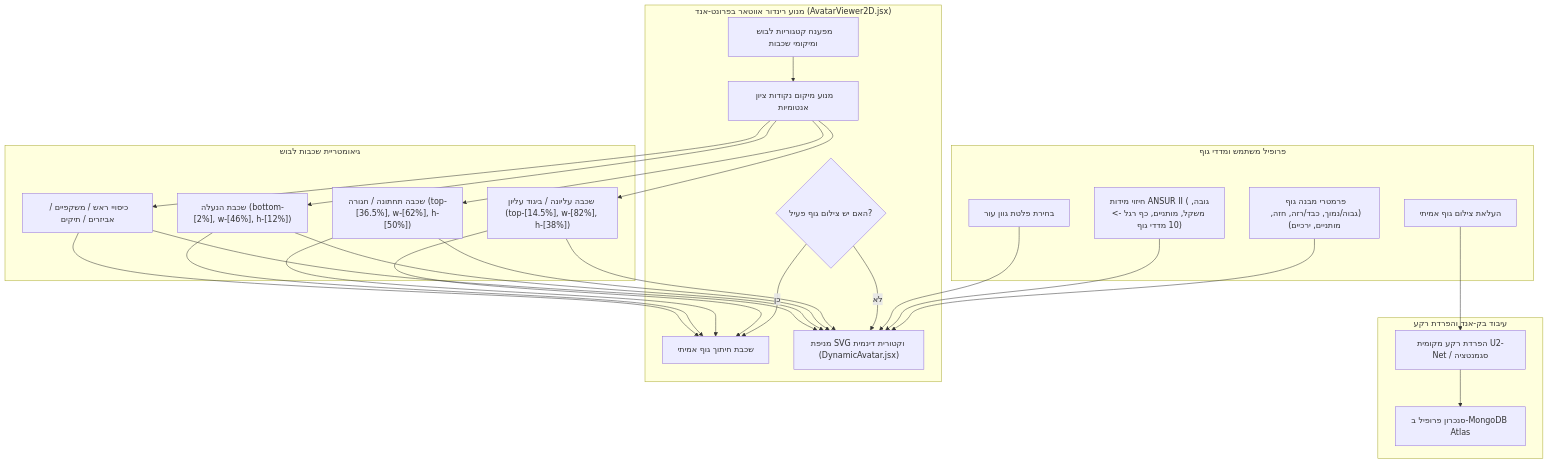
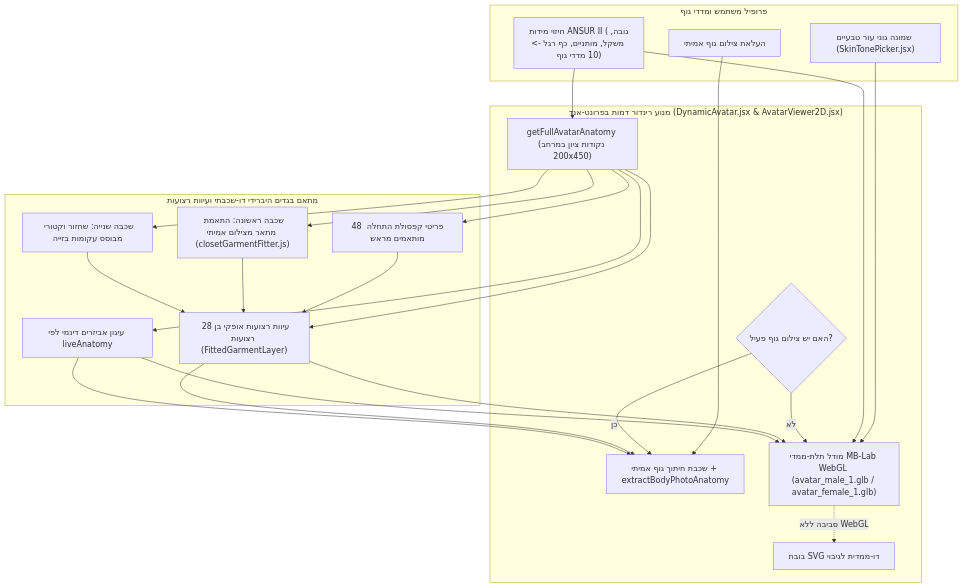
The diagram in apps/web/public/wiki/he/Avatar.md (Yoram-Jacobs/DressAppV1), drawn with Mermaid before and after one commit. The commit also changed other lines of this file and 249 other files, not shown here.

Commit message:
fix(avatar): restore 3D dynamic avatar in Saved Outfits canvas and sync garment coordinate mappings and translations

````diff
--- a/apps/web/public/wiki/he/Avatar.md
+++ b/apps/web/public/wiki/he/Avatar.md
@@ -17,41 +17,34 @@
 ```mermaid
 flowchart TD
     subgraph UserProfile["פרופיל משתמש ומדדי גוף"]
         U_Photo["העלאת צילום גוף אמיתי"]
-        U_Tone["בחירת פלטת גוון עור"]
-        U_Params["פרמטרי מבנה גוף (גבוה/נמוך, כבד/רזה, חזה, מותניים, ירכיים)"]
+        U_Tone["שמונה גוני עור טבעיים (SkinTonePicker.jsx)"]
         U_Sizing["חיזוי מידות ANSUR II (גובה, משקל, מותניים, כף רגל -> 10 מדדי גוף)"]
     end
 
-    subgraph BackendIngest["עיבוד בק-אנד והפרדת רקע"]
-        Rembg["הפרדת רקע מקומית U2-Net / סגמנטציה"]
-        Mongo["סנכרון פרופיל ב-MongoDB Atlas"]
+    subgraph AvatarEngine["מנוע רינדור דמות בפרונט-אנד (DynamicAvatar.jsx & AvatarViewer2D.jsx)"]
+        ModeCheck{"האם יש צילום גוף פעיל?"}
+        PhotoView["שכבת חיתוך גוף אמיתי + extractBodyPhotoAnatomy"]
+        Mesh3DView["מודל תלת-ממדי MB-Lab WebGL (avatar_male_1.glb / avatar_female_1.glb)"]
+        SvgFallback["בובת SVG דו-ממדית לגיבוי"]
+        AnatomyEngine["getFullAvatarAnatomy (נקודות ציון במרחב 200x450)"]
     end
 
-    subgraph AvatarEngine["מנוע רינדור אווטאר בפרונט-אנד (AvatarViewer2D.jsx)"]
-        ModeCheck{"האם יש צילום גוף פעיל?"}
-        PhotoView["שכבת חיתוך גוף אמיתי"]
-        MannequinView["מניפת SVG וקטורית דינמית (DynamicAvatar.jsx)"]
-        
-        GarmentResolver["מפענח קטגוריות לבוש ומיקומי שכבות"]
-        LandmarkCalc["מנוע מיקום נקודות ציון אנטומיות"]
+    subgraph GarmentFitting["מתאם בגדים היברידי דו-שכבתי ועיוות רצועות"]
+        StarterCapsule["48 פריטי קפסולת התחלה מותאמים מראש"]
+        Tier1Warp["שכבה ראשונה: התאמת מתאר מצילום אמיתי (closetGarmentFitter.js)"]
+        Tier2Bezier["שכבה שנייה: שחזור וקטורי מבוסס עקומות בזייה"]
+        SliceWarper["עיוות רצועות אופקי בן 28 רצועות (FittedGarmentLayer)"]
+        AccessoryAnchor["עיגון אביזרים דינמי לפי liveAnatomy"]
     end
 
-    subgraph OverlayGeometry["גיאומטריית שכבות לבוש"]
-        TopLayer["שכבה עליונה / ביגוד עליון (top-[14.5%], w-[82%], h-[38%])"]
-        BottomLayer["שכבה תחתונה / חגורה (top-[36.5%], w-[62%], h-[50%])"]
-        ShoesLayer["שכבת הנעלה (bottom-[2%], w-[46%], h-[12%])"]
-        AccessoryLayers["כיסויי ראש / משקפיים / אביזרים / תיקים"]
-    end
-
-    U_Photo --> Rembg --> Mongo
-    U_Params & U_Sizing --> MannequinView
-    U_Tone --> MannequinView
-    
+    U_Photo --> PhotoView
+    U_Tone & U_Sizing --> Mesh3DView
+    U_Sizing --> AnatomyEngine
     ModeCheck -- כן --> PhotoView
-    ModeCheck -- לא --> MannequinView
-
-    GarmentResolver --> LandmarkCalc
-    LandmarkCalc --> TopLayer & BottomLayer & ShoesLayer & AccessoryLayers
-    TopLayer & BottomLayer & ShoesLayer & AccessoryLayers --> PhotoView & MannequinView
+    ModeCheck -- לא --> Mesh3DView
+    Mesh3DView -. "סביבה ללא WebGL" .-> SvgFallback
+    AnatomyEngine --> StarterCapsule & Tier1Warp & Tier2Bezier & SliceWarper & AccessoryAnchor
+    StarterCapsule & Tier1Warp & Tier2Bezier --> SliceWarper
+    SliceWarper & AccessoryAnchor --> PhotoView & Mesh3DView
 ```
````
